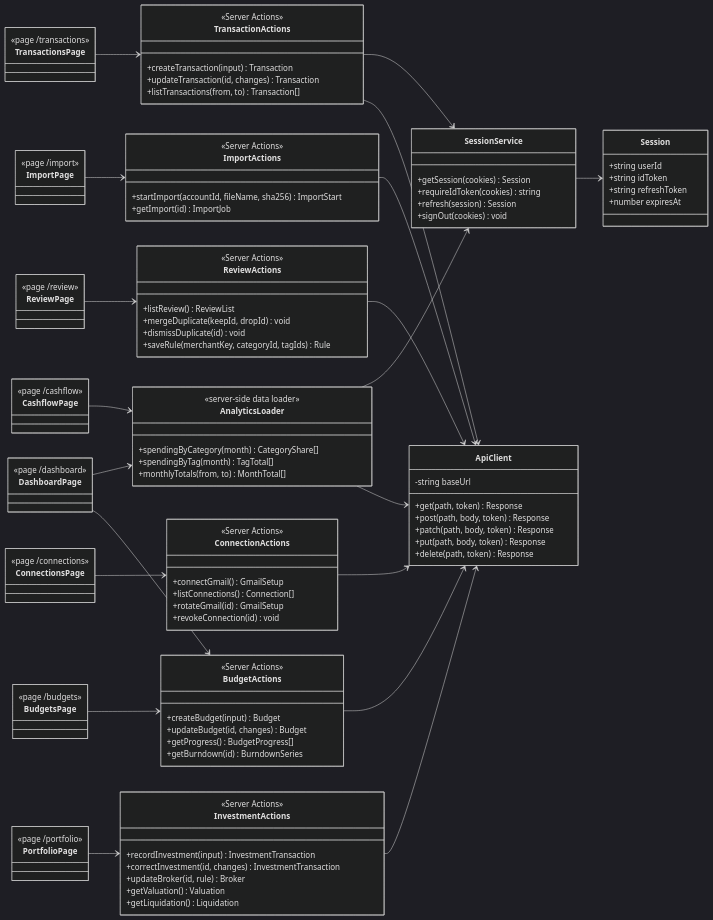
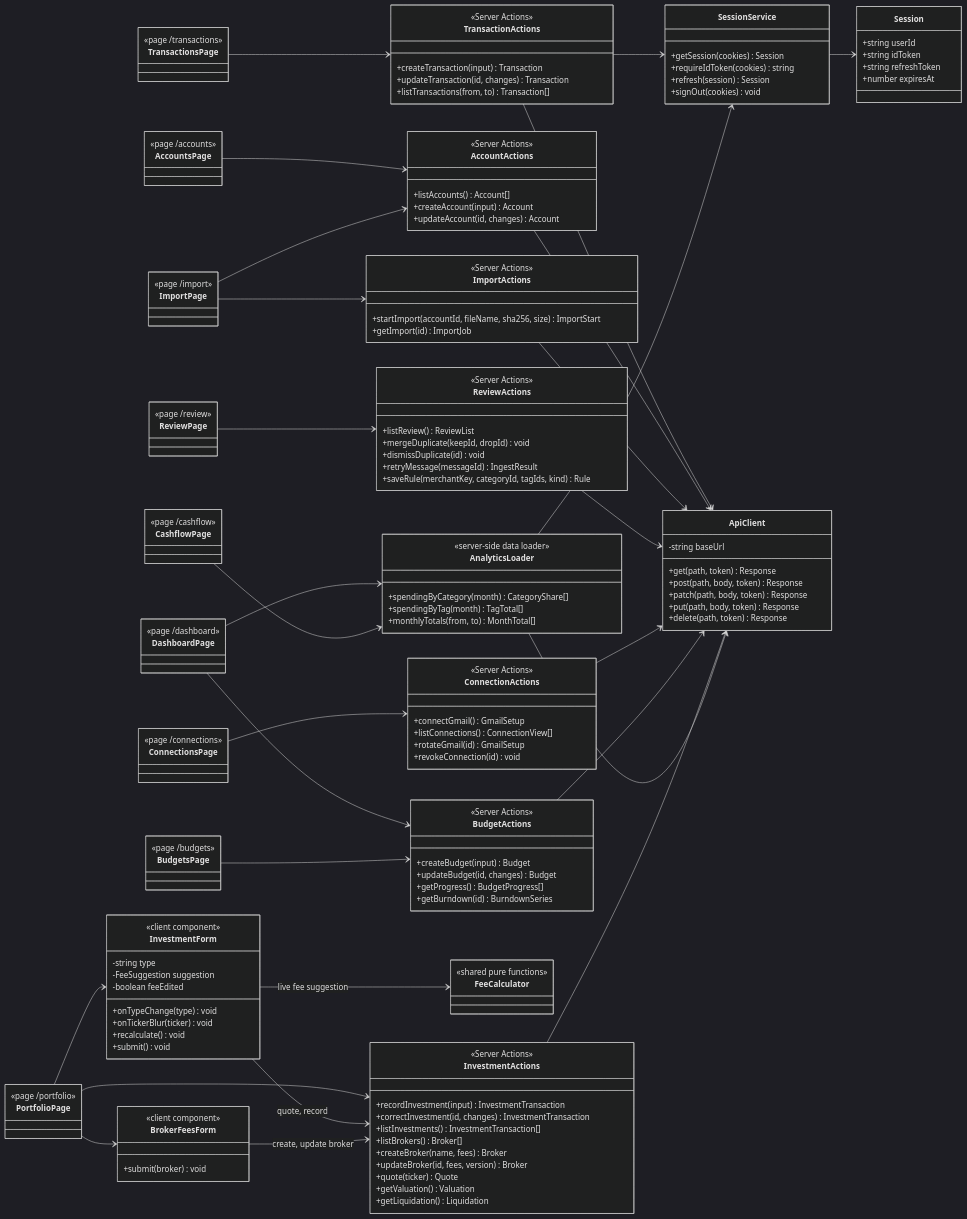
Before and after one commit to Ezequiel294/cs3365-finance-app: the third of 17 diagrams in docs/diagrams/class-diagram.md, drawn with Mermaid (dark theme). The commit also changed other lines of this file and 15 other files, not shown here.

Commit message:
attempt 2 diagram/architecture changes

````diff
--- a/docs/diagrams/class-diagram.md
+++ b/docs/diagrams/class-diagram.md
@@ -375,9 +516,15 @@
         +updateTransaction(id, changes) Transaction
         +listTransactions(from, to) Transaction[]
     }
+    class AccountActions {
+        <<Server Actions>>
+        +listAccounts() Account[]
+        +createAccount(input) Account
+        +updateAccount(id, changes) Account
+    }
     class ImportActions {
         <<Server Actions>>
-        +startImport(accountId, fileName, sha256) ImportStart
+        +startImport(accountId, fileName, sha256, size) ImportStart
         +getImport(id) ImportJob
     }
     class ReviewActions {
@@ -385,12 +532,13 @@
         +listReview() ReviewList
         +mergeDuplicate(keepId, dropId) void
         +dismissDuplicate(id) void
-        +saveRule(merchantKey, categoryId, tagIds) Rule
+        +retryMessage(messageId) IngestResult
+        +saveRule(merchantKey, categoryId, tagIds, kind) Rule
     }
     class ConnectionActions {
         <<Server Actions>>
         +connectGmail() GmailSetup
-        +listConnections() Connection[]
+        +listConnections() ConnectionView[]
         +rotateGmail(id) GmailSetup
         +revokeConnection(id) void
     }
@@ -405,9 +553,30 @@
         <<Server Actions>>
         +recordInvestment(input) InvestmentTransaction
         +correctInvestment(id, changes) InvestmentTransaction
-        +updateBroker(id, rule) Broker
+        +listInvestments() InvestmentTransaction[]
+        +listBrokers() Broker[]
+        +createBroker(name, fees) Broker
+        +updateBroker(id, fees, version) Broker
+        +quote(ticker) Quote
         +getValuation() Valuation
         +getLiquidation() Liquidation
+    }
+    class InvestmentForm {
+        <<client component>>
+        -string type
+        -FeeSuggestion suggestion
+        -boolean feeEdited
+        +onTypeChange(type) void
+        +onTickerBlur(ticker) void
+        +recalculate() void
+        +submit() void
+    }
+    class BrokerFeesForm {
+        <<client component>>
+        +submit(broker) void
+    }
+    class FeeCalculator {
+        <<shared pure functions>>
     }
     class AnalyticsLoader {
         <<server-side data loader>>
@@ -420,6 +589,9 @@
     }
     class TransactionsPage {
         <<page /transactions>>
+    }
+    class AccountsPage {
+        <<page /accounts>>
     }
     class ImportPage {
         <<page /import>>
@@ -442,6 +614,7 @@
     SessionService --> Session
     TransactionActions --> SessionService
     TransactionActions --> ApiClient
+    AccountActions --> ApiClient
     ImportActions --> ApiClient
     ReviewActions --> ApiClient
     ConnectionActions --> ApiClient
@@ -453,9 +626,16 @@
     DashboardPage --> BudgetActions
     CashflowPage --> AnalyticsLoader
     TransactionsPage --> TransactionActions
+    AccountsPage --> AccountActions
+    ImportPage --> AccountActions
     ImportPage --> ImportActions
     ReviewPage --> ReviewActions
     ConnectionsPage --> ConnectionActions
     BudgetsPage --> BudgetActions
     PortfolioPage --> InvestmentActions
+    PortfolioPage --> InvestmentForm
+    PortfolioPage --> BrokerFeesForm
+    InvestmentForm --> FeeCalculator : live fee suggestion
+    InvestmentForm --> InvestmentActions : quote, record
+    BrokerFeesForm --> InvestmentActions : create, update broker
 ```
````
